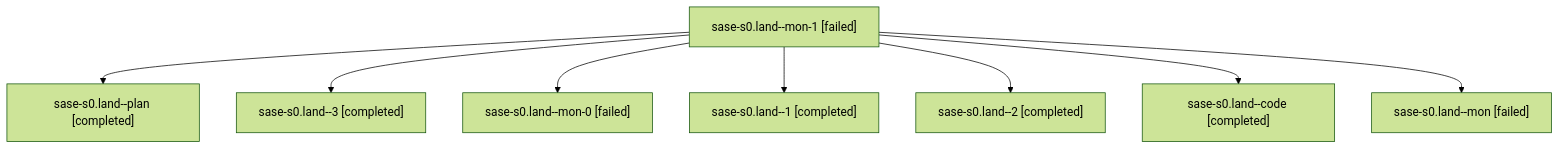
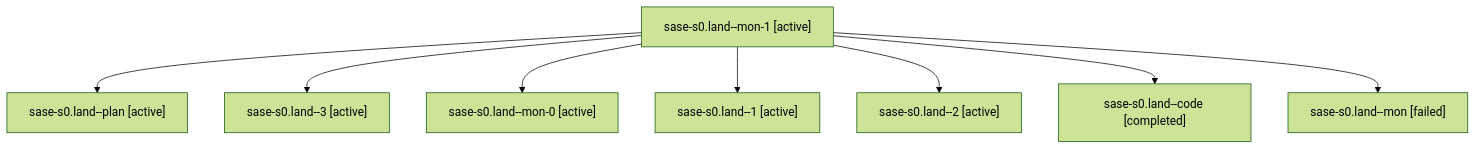
One commit to sase-org/sase--agents changed the diagram in families/bbugyi200.athena.sase-s0.land.md. Above: the diagram before and after it, drawn with Mermaid (forest theme). The commit also changed other lines of this file and 35830 other files, not shown here.

````diff
--- a/families/bbugyi200.athena.sase-s0.land.md
+++ b/families/bbugyi200.athena.sase-s0.land.md
@@ -9,18 +9,18 @@
 ```mermaid
 flowchart TD
-  n0["sase-s0.land--mon-1 [failed]"]
-  n1["sase-s0.land--plan [completed]"]
+  n0["sase-s0.land--mon-1 [active]"]
+  n1["sase-s0.land--plan [active]"]
   n0 --> n1
-  n2["sase-s0.land--3 [completed]"]
+  n2["sase-s0.land--3 [active]"]
   n0 --> n2
-  n3["sase-s0.land--mon-0 [failed]"]
+  n3["sase-s0.land--mon-0 [active]"]
   n0 --> n3
-  n4["sase-s0.land--1 [completed]"]
+  n4["sase-s0.land--1 [active]"]
   n0 --> n4
-  n5["sase-s0.land--2 [completed]"]
+  n5["sase-s0.land--2 [active]"]
   n0 --> n5
   n6["sase-s0.land--code [completed]"]
   n0 --> n6
   n7["sase-s0.land--mon [failed]"]
   n0 --> n7
 ```
````
